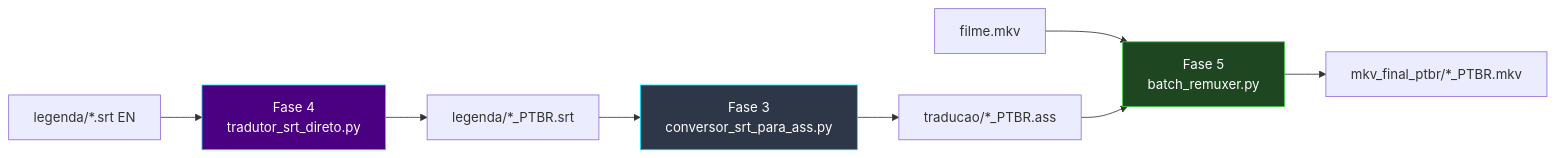
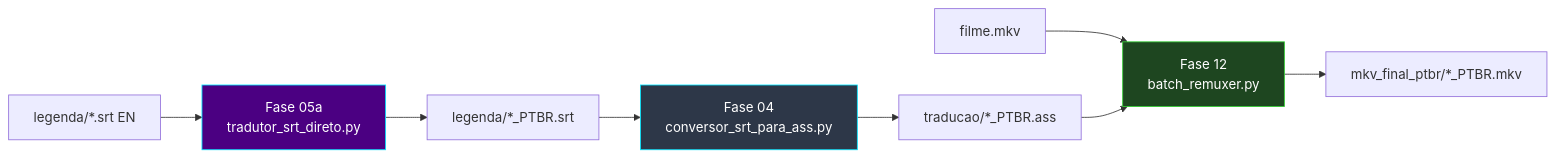
The diagram in docs/pipeline-srt.md (carmipa/projeto-tracker-animes-traducao), drawn with Mermaid before and after one commit. The commit also changed other lines of this file and 42 other files, not shown here.

````diff
--- a/docs/pipeline-srt.md
+++ b/docs/pipeline-srt.md
@@ -25,14 +25,14 @@
 ```mermaid
 flowchart LR
-    SRT["legenda/*.srt EN"] --> P4["Fase 4\ntradutor_srt_direto.py"]
-    P4 --> SRTPT["legenda/*_PTBR.srt"]
-    SRTPT --> P3["Fase 3\nconversor_srt_para_ass.py"]
-    P3 --> ASS["traducao/*_PTBR.ass"]
-    MKV["filme.mkv"] --> P5["Fase 5\nbatch_remuxer.py"]
-    ASS --> P5
-    P5 --> OUT["mkv_final_ptbr/*_PTBR.mkv"]
+    SRT["legenda/*.srt EN"] --> P05A["Fase 05a<br/>tradutor_srt_direto.py"]
+    P05A --> SRTPT["legenda/*_PTBR.srt"]
+    SRTPT --> P04["Fase 04<br/>conversor_srt_para_ass.py"]
+    P04 --> ASS["traducao/*_PTBR.ass"]
+    MKV["filme.mkv"] --> P12["Fase 12<br/>batch_remuxer.py"]
+    ASS --> P12
+    P12 --> OUT["mkv_final_ptbr/*_PTBR.mkv"]
 
-    style P4 fill:#4B0082,stroke:#00E5FF,color:#fff
-    style P3 fill:#2d3748,stroke:#00E5FF,color:#fff
-    style P5 fill:#1e4620,stroke:#32CD32,color:#fff
+    style P05A fill:#4B0082,stroke:#00E5FF,color:#fff
+    style P04 fill:#2d3748,stroke:#00E5FF,color:#fff
+    style P12 fill:#1e4620,stroke:#32CD32,color:#fff
 ```
````
